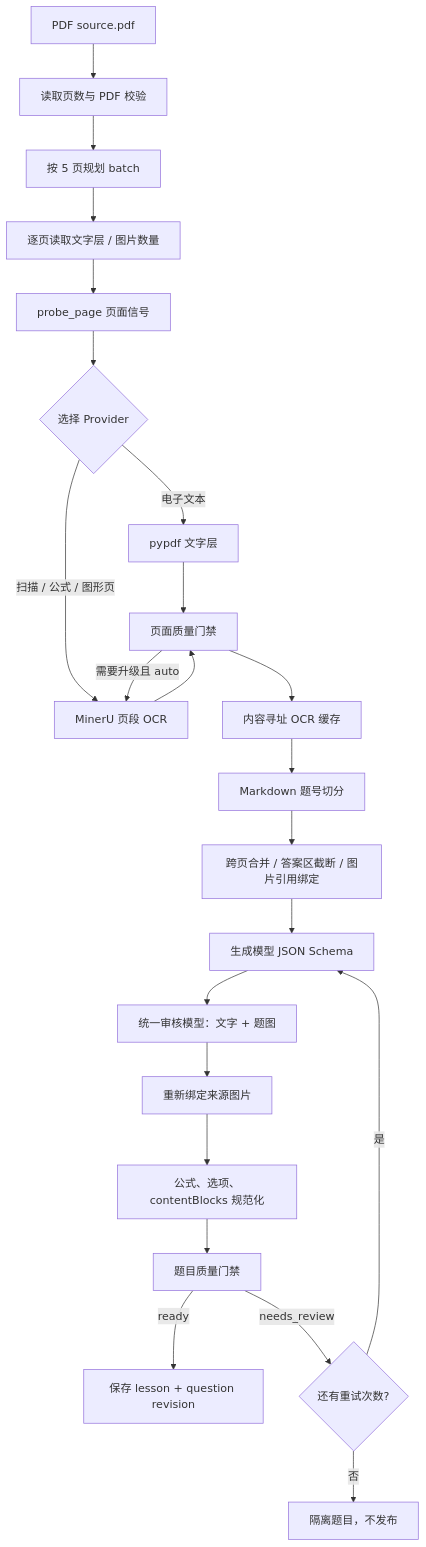
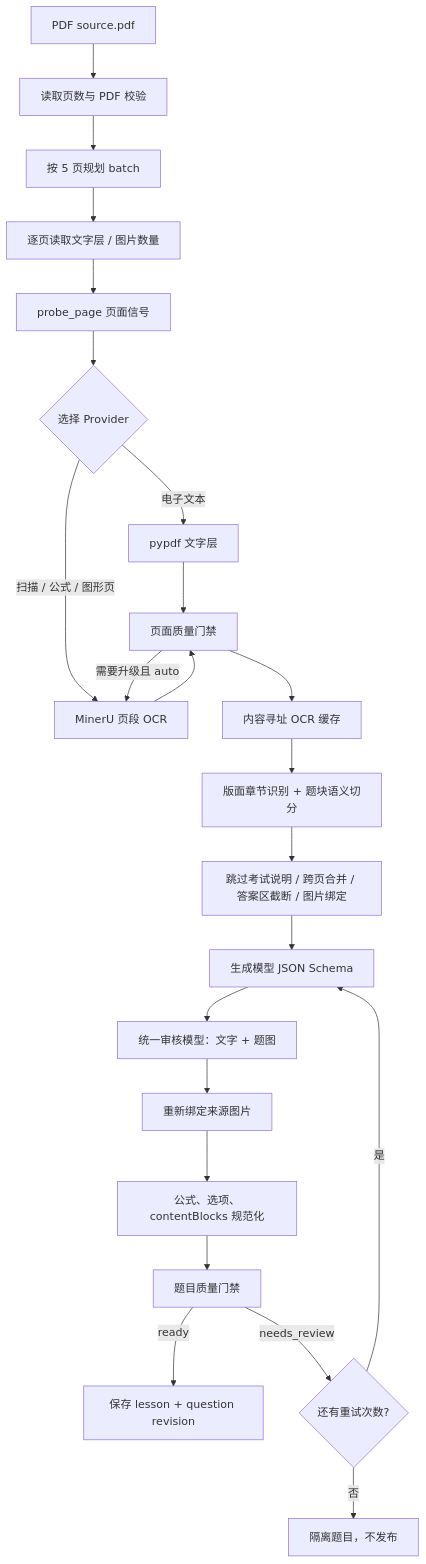
The fifth of 5 diagrams in docs/architecture.md (ningkaikok/dotty-tutor), drawn with Mermaid before and after one commit. The commit also changed other lines of this file and 8 other files, not shown here.

````diff
--- a/docs/architecture.md
+++ b/docs/architecture.md
@@ -263,25 +263,25 @@
 ```mermaid
 flowchart TD
   A[PDF source.pdf] --> B[读取页数与 PDF 校验]
   B --> C[按 5 页规划 batch]
   C --> D[逐页读取文字层 / 图片数量]
   D --> E[probe_page 页面信号]
   E --> F{选择 Provider}
   F -->|电子文本| G[pypdf 文字层]
   F -->|扫描 / 公式 / 图形页| H[MinerU 页段 OCR]
   G --> I[页面质量门禁]
   H --> I
   I -->|需要升级且 auto| H
   I --> J[内容寻址 OCR 缓存]
-  J --> K[Markdown 题号切分]
-  K --> L[跨页合并 / 答案区截断 / 图片引用绑定]
+  J --> K[版面章节识别 + 题块语义切分]
+  K --> L[跳过考试说明 / 跨页合并 / 答案区截断 / 图片绑定]
   L --> M[生成模型 JSON Schema]
   M --> N[统一审核模型：文字 + 题图]
   N --> O[重新绑定来源图片]
   O --> P[公式、选项、contentBlocks 规范化]
   P --> Q[题目质量门禁]
   Q -->|ready| R[保存 lesson + question revision]
   Q -->|needs_review| S{还有重试次数?}
   S -->|是| M
   S -->|否| T[隔离题目，不发布]
 ```
````
